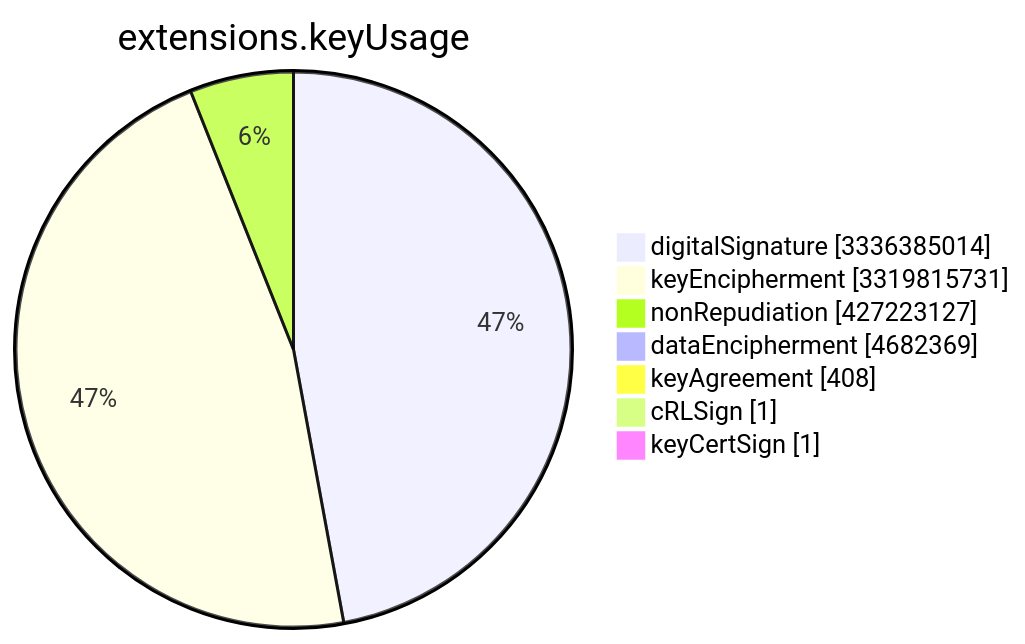
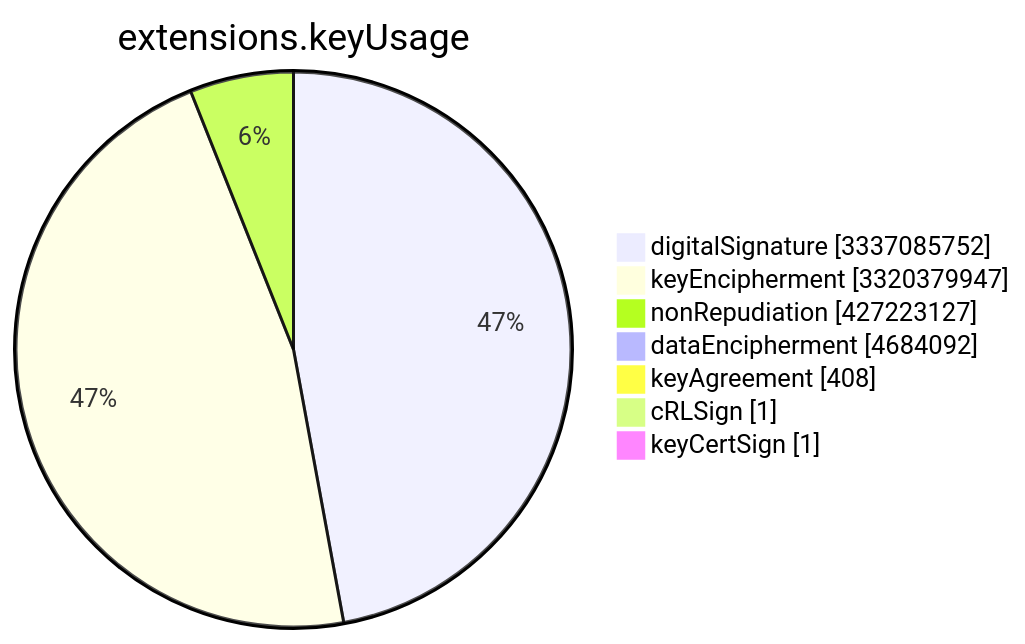
Before and after one commit to christiankrug/ctmonitor_visualization: the sixth of 15 diagrams in TOTAL/README.md, drawn with Mermaid. The commit also changed other lines of this file, not shown here.

````diff
--- a/TOTAL/README.md
+++ b/TOTAL/README.md
@@ -3078,11 +3078,11 @@
 ```mermaid
 pie showData
 title extensions.keyUsage
-"digitalSignature" :3336385014
-"keyEncipherment" :3319815731
+"digitalSignature" :3337085752
+"keyEncipherment" :3320379947
 "nonRepudiation" :427223127
-"dataEncipherment" :4682369
+"dataEncipherment" :4684092
 "keyAgreement" :408
 "cRLSign" :1
 "keyCertSign" :1
 ```
````
